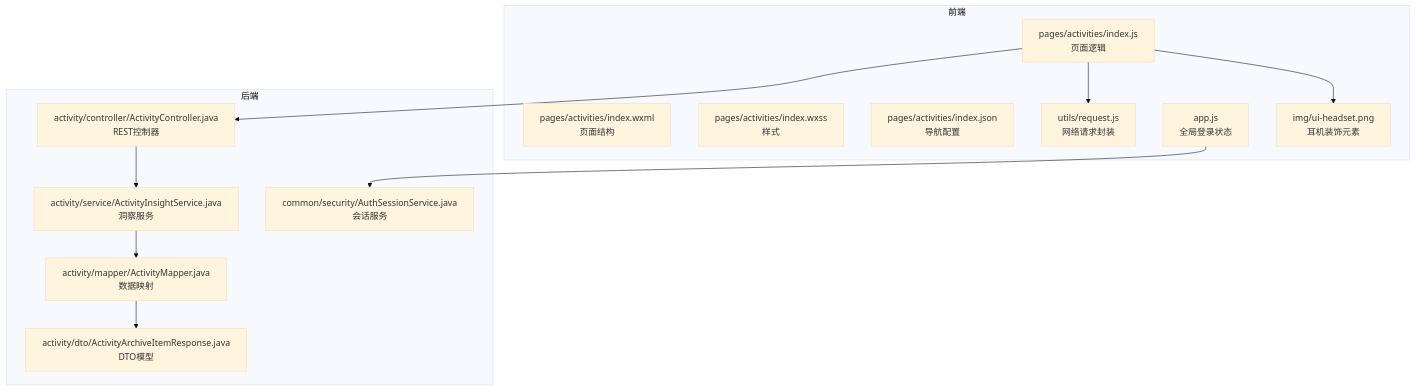
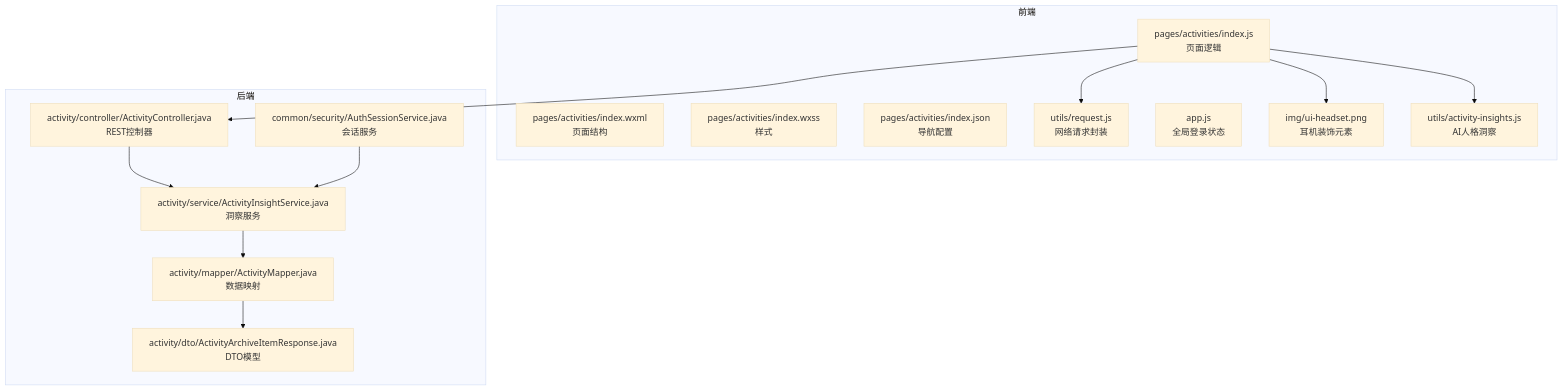
The first of 6 diagrams in .qoder/repowiki/zh/content/前端开发/页面组件开发/活动列表页面开发.md (cwxiao/zugeju), drawn with Mermaid (base theme) before and after one commit. The commit also changed other lines of this file and 47 other files, not shown here.

````diff
--- a/.qoder/repowiki/zh/content/前端开发/页面组件开发/活动列表页面开发.md
+++ b/.qoder/repowiki/zh/content/前端开发/页面组件开发/活动列表页面开发.md
@@ -52,26 +55,28 @@
 ```mermaid
 graph TB
 subgraph "前端"
 A["pages/activities/index.js<br/>页面逻辑"]
 B["pages/activities/index.wxml<br/>页面结构"]
 C["pages/activities/index.wxss<br/>样式"]
 D["pages/activities/index.json<br/>导航配置"]
 E["utils/request.js<br/>网络请求封装"]
 F["app.js<br/>全局登录状态"]
 G["img/ui-headset.png<br/>耳机装饰元素"]
+H["utils/activity-insights.js<br/>AI人格洞察"]
 end
 subgraph "后端"
-H["activity/controller/ActivityController.java<br/>REST控制器"]
-I["activity/service/ActivityInsightService.java<br/>洞察服务"]
-J["activity/mapper/ActivityMapper.java<br/>数据映射"]
-K["activity/dto/ActivityArchiveItemResponse.java<br/>DTO模型"]
-L["common/security/AuthSessionService.java<br/>会话服务"]
+I["activity/controller/ActivityController.java<br/>REST控制器"]
+J["activity/service/ActivityInsightService.java<br/>洞察服务"]
+K["activity/mapper/ActivityMapper.java<br/>数据映射"]
+L["activity/dto/ActivityArchiveItemResponse.java<br/>DTO模型"]
+M["common/security/AuthSessionService.java<br/>会话服务"]
 end
 A --> E
 A --> G
 A --> H
-H --> I
+A --> I
 I --> J
 J --> K
-F --> L
+K --> L
+M --> J
 ```
````
